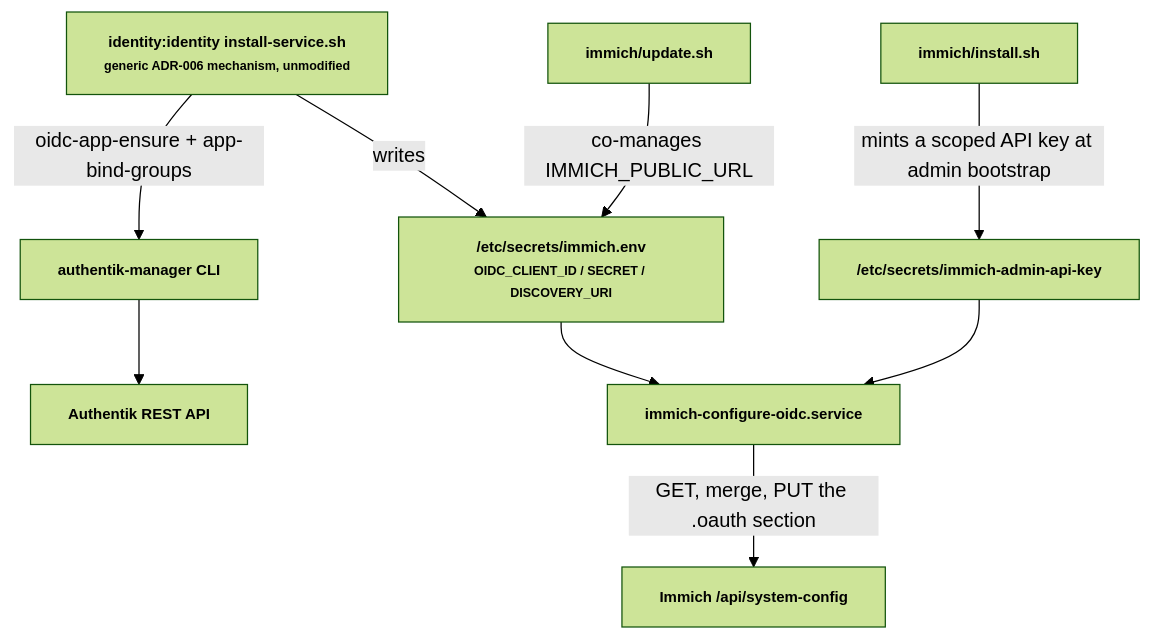
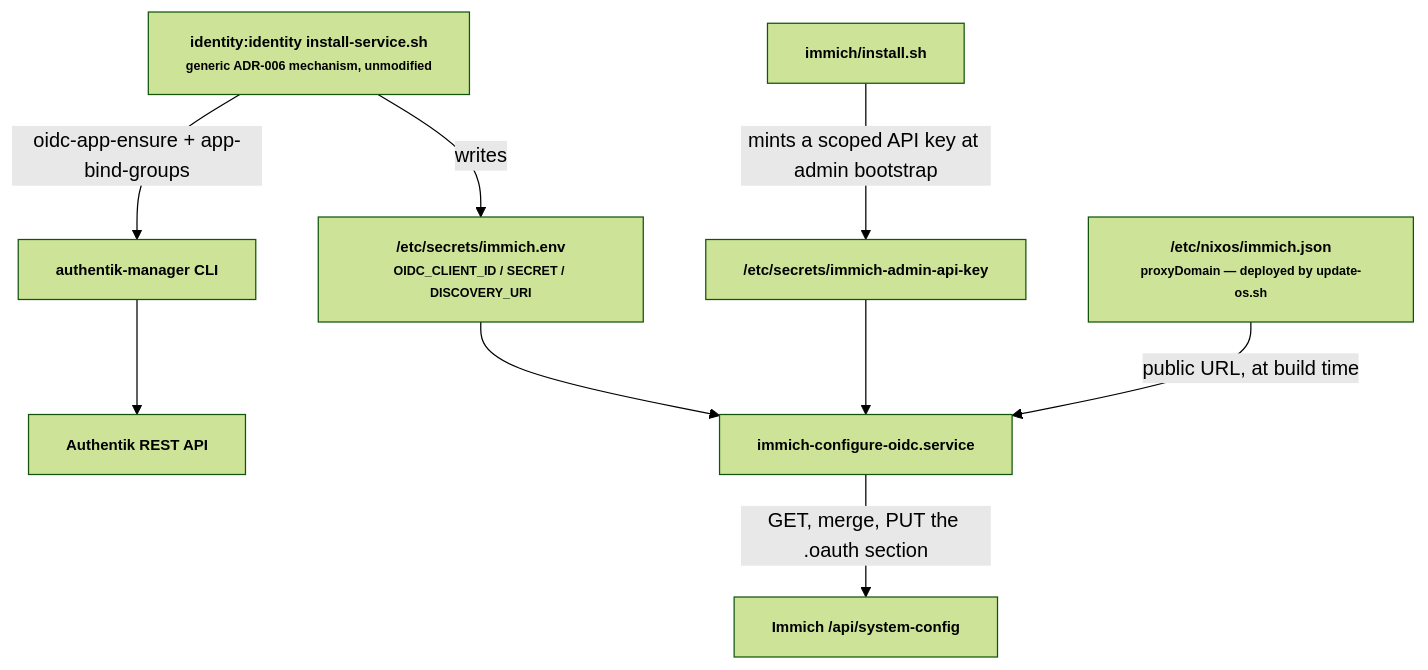
Before and after one commit to TAPPaaS/TAPPaaS: the first of 2 diagrams in src/home/immich/README.md, drawn with Mermaid (forest theme). The commit also changed other lines of this file and 6 other files, not shown here.

First line of the commit message:
fix(modules): immich, forgejo build NixOS only via templates:nixos

````diff
--- a/src/home/immich/README.md
+++ b/src/home/immich/README.md
@@ -82,25 +82,25 @@
 ```mermaid
 graph TD
     classDef default font-size:12px,font-weight:bold;
 
     installsvc["identity:identity install-service.sh<br/><small>generic ADR-006 mechanism, unmodified</small>"]
     authentikcli["authentik-manager CLI"]
     authentikapi["Authentik REST API"]
     secretsenv["/etc/secrets/immich.env<br/><small>OIDC_CLIENT_ID / SECRET / DISCOVERY_URI</small>"]
 
-    updatesh["immich/update.sh"]
+    companion["/etc/nixos/immich.json<br/><small>proxyDomain — deployed by update-os.sh</small>"]
     installsh["immich/install.sh"]
     apikeyfile["/etc/secrets/immich-admin-api-key"]
 
     configuresvc["immich-configure-oidc.service"]
     immichapi["Immich /api/system-config"]
 
     installsvc -->|"oidc-app-ensure + app-bind-groups"| authentikcli --> authentikapi
     installsvc -->|writes| secretsenv
-    updatesh -->|"co-manages IMMICH_PUBLIC_URL"| secretsenv
     installsh -->|"mints a scoped API key at admin bootstrap"| apikeyfile
 
     secretsenv --> configuresvc
     apikeyfile --> configuresvc
+    companion -->|"public URL, at build time"| configuresvc
     configuresvc -->|"GET, merge, PUT the .oauth section"| immichapi
 ```
````
